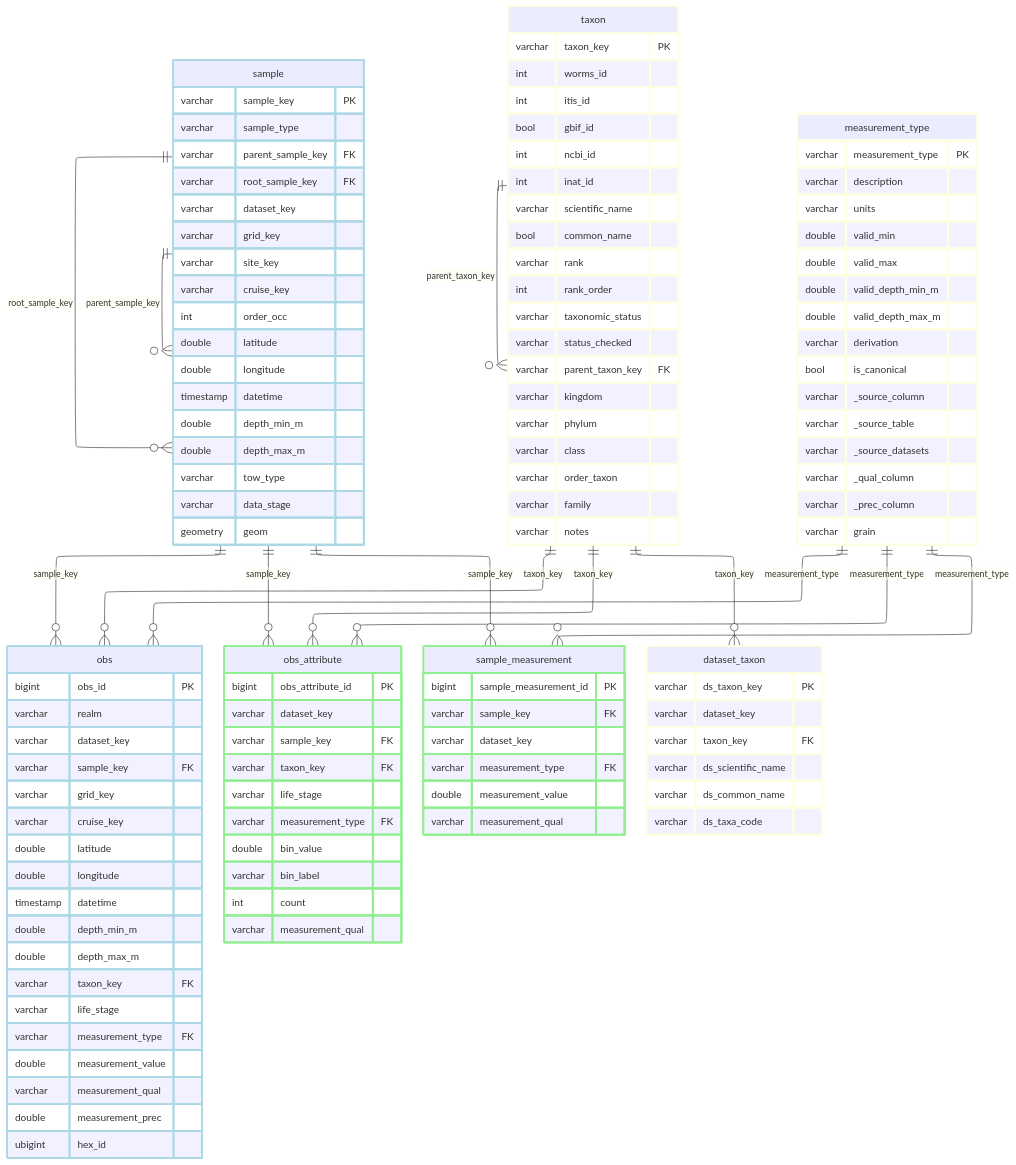
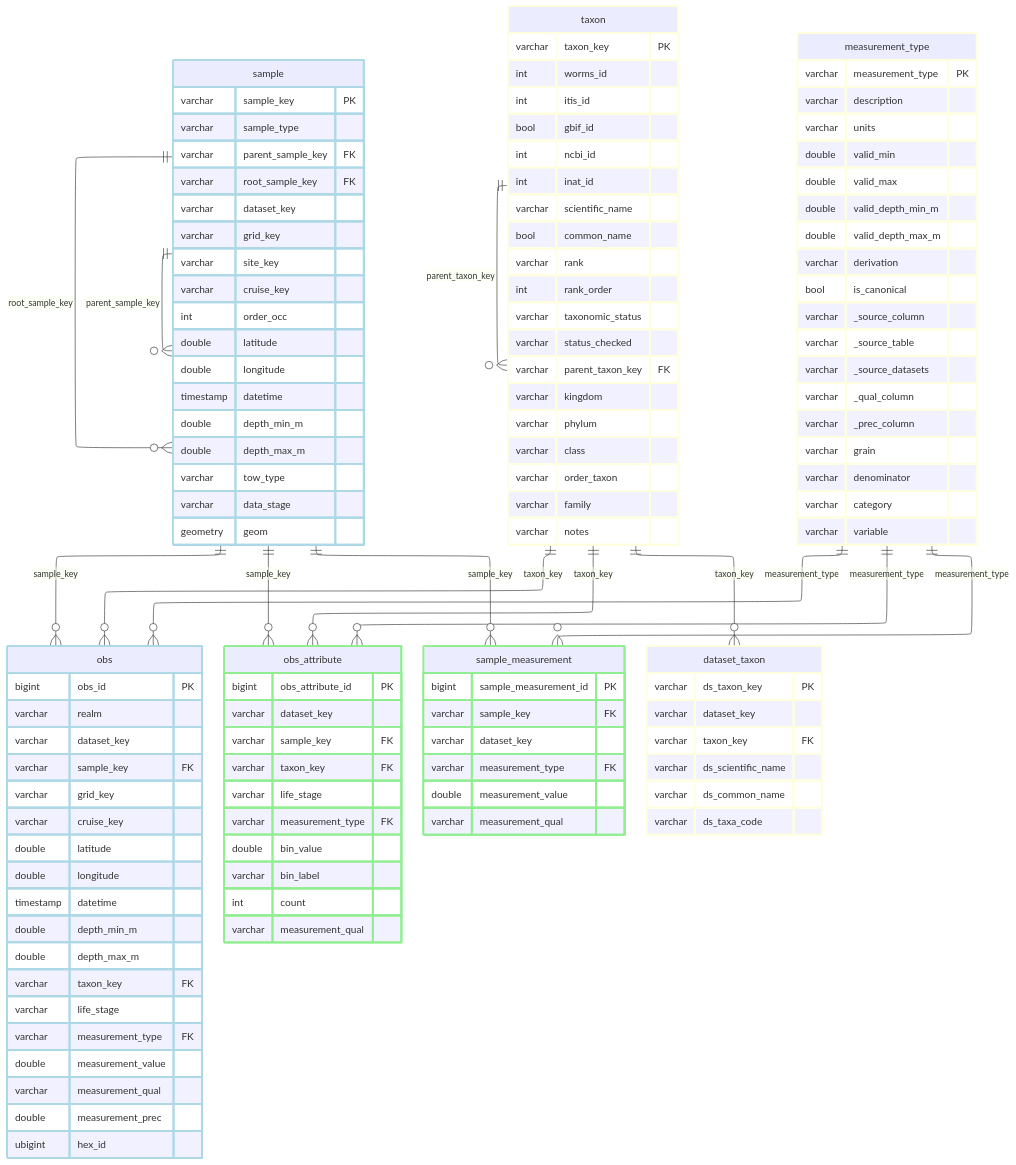
The diagram in _output/ingest_cdfw_dungeness-crab_files/figure-html/schema-core-1.mmd (CalCOFI/workflows), drawn with Mermaid before and after one commit. The commit also changed 12 other files, not shown here.

```diff
--- a/_output/ingest_cdfw_dungeness-crab_files/figure-html/schema-core-1.mmd
+++ b/_output/ingest_cdfw_dungeness-crab_files/figure-html/schema-core-1.mmd
@@ -1,128 +1,131 @@
 ---
 config:
   layout: elk
 ---
 erDiagram
     sample {
         varchar sample_key PK
         varchar sample_type
         varchar parent_sample_key FK
         varchar root_sample_key FK
         varchar dataset_key
         varchar grid_key
         varchar site_key
         varchar cruise_key
         int order_occ
         double latitude
         double longitude
         timestamp datetime
         double depth_min_m
         double depth_max_m
         varchar tow_type
         varchar data_stage
         geometry geom
     }
     obs {
         bigint obs_id PK
         varchar realm
         varchar dataset_key
         varchar sample_key FK
         varchar grid_key
         varchar cruise_key
         double latitude
         double longitude
         timestamp datetime
         double depth_min_m
         double depth_max_m
         varchar taxon_key FK
         varchar life_stage
         varchar measurement_type FK
         double measurement_value
         varchar measurement_qual
         double measurement_prec
         ubigint hex_id
     }
     obs_attribute {
         bigint obs_attribute_id PK
         varchar dataset_key
         varchar sample_key FK
         varchar taxon_key FK
         varchar life_stage
         varchar measurement_type FK
         double bin_value
         varchar bin_label
         int count
         varchar measurement_qual
     }
     sample_measurement {
         bigint sample_measurement_id PK
         varchar sample_key FK
         varchar dataset_key
         varchar measurement_type FK
         double measurement_value
         varchar measurement_qual
     }
     taxon {
         varchar taxon_key PK
         int worms_id
         int itis_id
         bool gbif_id
         int ncbi_id
         int inat_id
         varchar scientific_name
         bool common_name
         varchar rank
         int rank_order
         varchar taxonomic_status
         varchar status_checked
         varchar parent_taxon_key FK
         varchar kingdom
         varchar phylum
         varchar class
         varchar order_taxon
         varchar family
         varchar notes
     }
     dataset_taxon {
         varchar ds_taxon_key PK
         varchar dataset_key
         varchar taxon_key FK
         varchar ds_scientific_name
         varchar ds_common_name
         varchar ds_taxa_code
     }
     measurement_type {
         varchar measurement_type PK
         varchar description
         varchar units
         double valid_min
         double valid_max
         double valid_depth_min_m
         double valid_depth_max_m
         varchar derivation
         bool is_canonical
         varchar _source_column
         varchar _source_table
         varchar _source_datasets
         varchar _qual_column
         varchar _prec_column
         varchar grain
+        varchar denominator
+        varchar category
+        varchar variable
     }
     sample ||--o{ sample : "parent_sample_key"
     sample ||--o{ sample : "root_sample_key"
     sample ||--o{ obs : "sample_key"
     taxon ||--o{ obs : "taxon_key"
     measurement_type ||--o{ obs : "measurement_type"
     sample ||--o{ obs_attribute : "sample_key"
     taxon ||--o{ obs_attribute : "taxon_key"
     measurement_type ||--o{ obs_attribute : "measurement_type"
     sample ||--o{ sample_measurement : "sample_key"
     measurement_type ||--o{ sample_measurement : "measurement_type"
     taxon ||--o{ dataset_taxon : "taxon_key"
     taxon ||--o{ taxon : "parent_taxon_key"
     classDef lightblue stroke:#ADD8E6,stroke-width:3px
     class sample,obs lightblue
     classDef lightgreen stroke:#90EE90,stroke-width:3px
     class obs_attribute,sample_measurement lightgreen
     classDef lightyellow stroke:#FFFFE0,stroke-width:3px
     class taxon,dataset_taxon,measurement_type lightyellow
```
